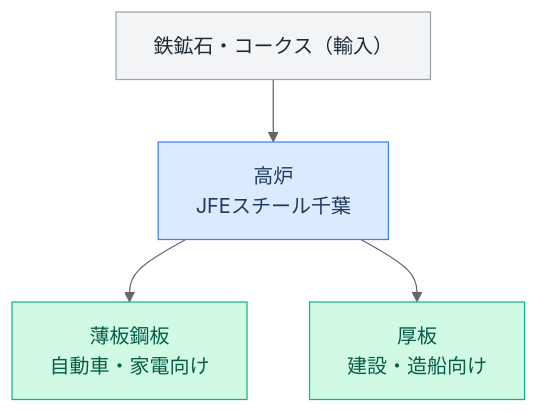
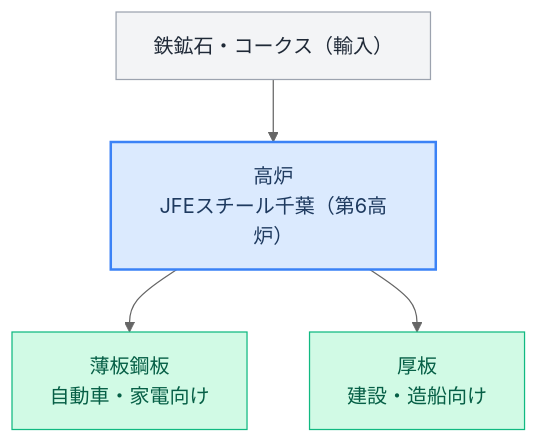
One commit to nanjakorewa/GeoGuessrTips changed the second of 2 diagrams in src/content/industry/japan-combinat/keiyo/_index.ja.md. Above: the diagram before and after it, drawn with Mermaid (neutral theme). The commit also changed other lines of this file and 9 other files, not shown here.

```diff
--- a/src/content/industry/japan-combinat/keiyo/_index.ja.md
+++ b/src/content/industry/japan-combinat/keiyo/_index.ja.md
@@ -64,10 +64,10 @@
 {{% mermaid %}}
 graph TB
-  A["鉄鉱石・コークス（輸入）"]-->B["高炉\nJFEスチール千葉"]
+  A["鉄鉱石・コークス（輸入）"]-->B["高炉\nJFEスチール千葉（第6高炉）"]
   B-->C["薄板鋼板\n自動車・家電向け"]
   B-->D["厚板\n建設・造船向け"]
   style A fill:#f3f4f6,color:#1f2937,stroke:#9ca3af
-  style B fill:#dbeafe,color:#1e3a5f,stroke:#3b82f6
+  style B fill:#dbeafe,color:#1e3a5f,stroke:#3b82f6,stroke-width:2px
   style C fill:#d1fae5,color:#065f46,stroke:#10b981
   style D fill:#d1fae5,color:#065f46,stroke:#10b981
 {{% /mermaid %}}
```
